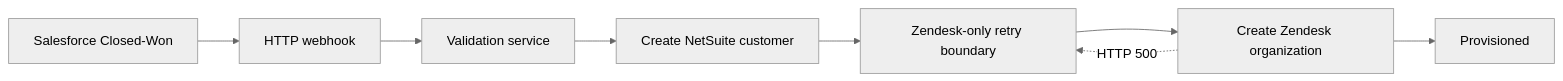
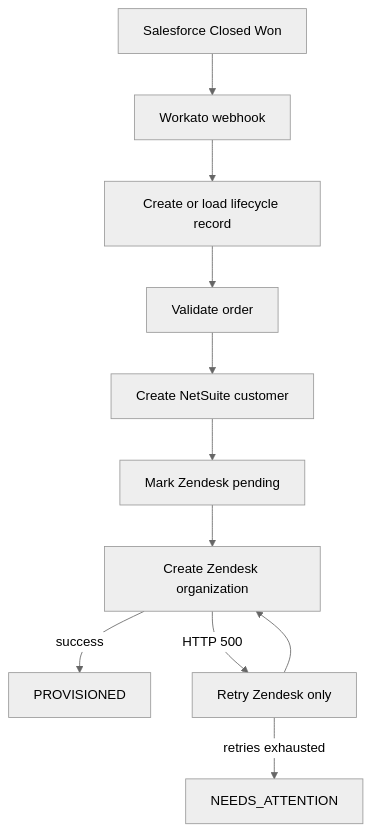
Before and after one commit to Naveen060/miro-closed-won-provisioning: the diagram in README.md, drawn with Mermaid (neutral theme). The commit also changed other lines of this file and 6 other files, not shown here.

````diff
--- a/README.md
+++ b/README.md
@@ -112,10 +24,13 @@
 ```mermaid
-flowchart LR
-    SF["Salesforce Closed-Won"] --> WH["HTTP webhook"]
-    WH --> V["Validation service"]
+flowchart TD
+    SF["Salesforce Closed Won"] --> WH["Workato webhook"]
+    WH --> DT["Create or load lifecycle record"]
+    DT --> V["Validate order"]
     V --> NS["Create NetSuite customer"]
-    NS --> EH["Zendesk-only retry boundary"]
-    EH --> ZD["Create Zendesk organization"]
-    ZD -. "HTTP 500" .-> EH
-    ZD --> OK["Provisioned"]
+    NS --> ZP["Mark Zendesk pending"]
+    ZP --> ZD["Create Zendesk organization"]
+    ZD -->|"success"| OK["PROVISIONED"]
+    ZD -->|"HTTP 500"| RT["Retry Zendesk only"]
+    RT --> ZD
+    RT -->|"retries exhausted"| NA["NEEDS_ATTENTION"]
 ```
````
